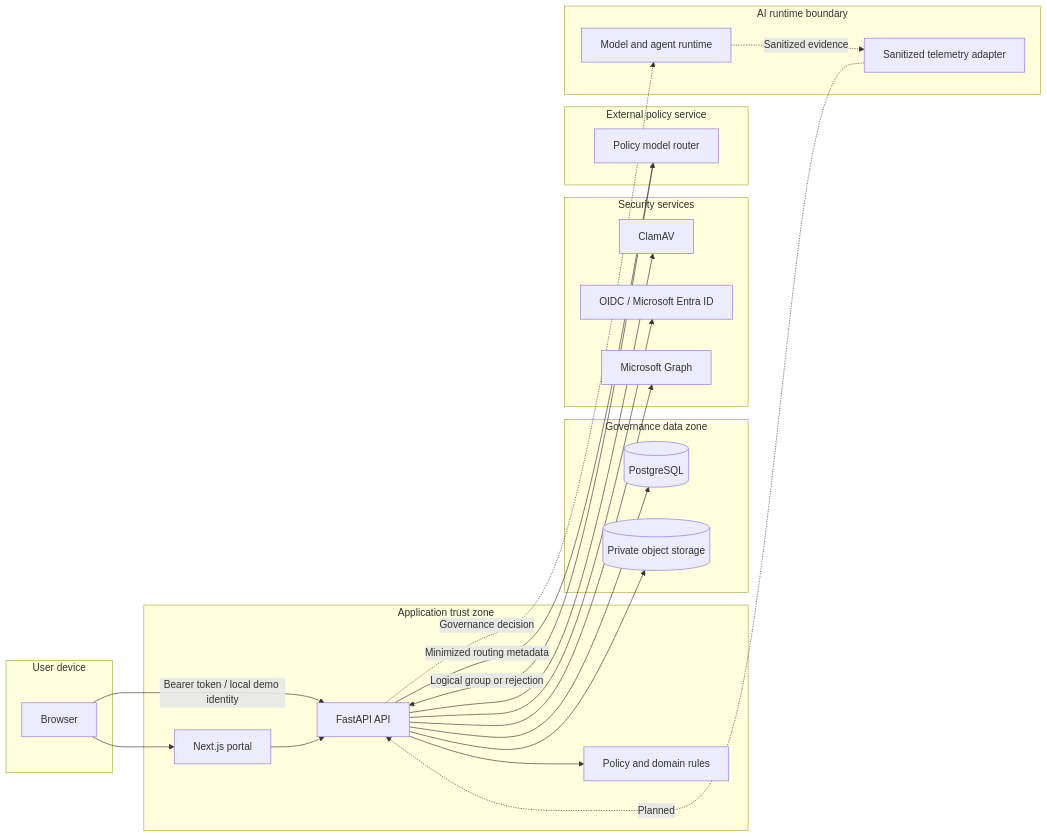
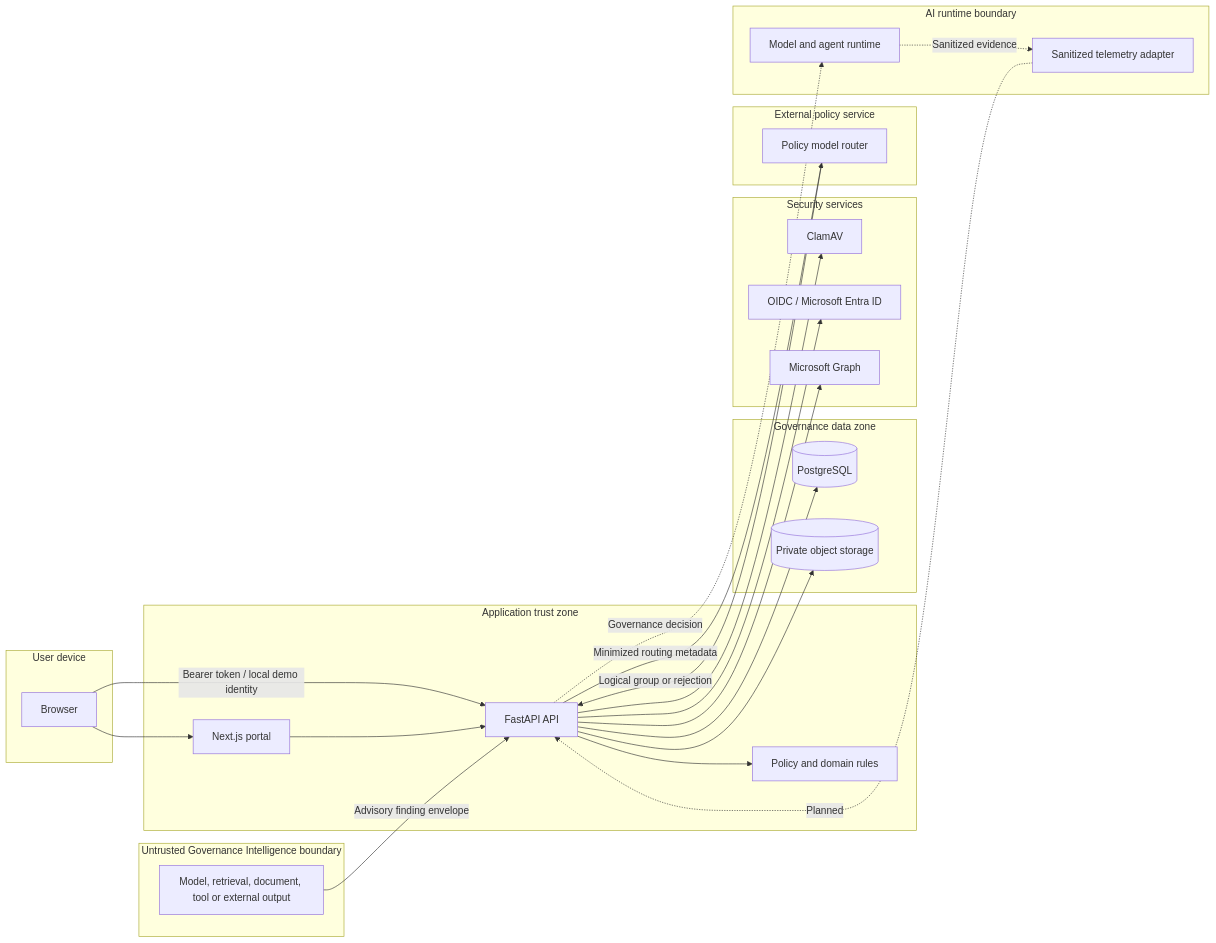
The first of 2 diagrams in docs/architecture/TRUST_BOUNDARIES.md (brunovicco/verifiable-ai-governance), drawn with Mermaid before and after one commit. The commit also changed other lines of this file and 11 other files, not shown here.

Commit message:
feat: establish governance intelligence trust boundary and finding contracts (#108)

````diff
--- a/docs/architecture/TRUST_BOUNDARIES.md
+++ b/docs/architecture/TRUST_BOUNDARIES.md
@@ -10,47 +10,52 @@
 ```mermaid
 flowchart LR
   subgraph UserZone[User device]
     B[Browser]
   end
 
   subgraph AppZone[Application trust zone]
     W[Next.js portal]
     A[FastAPI API]
     P[Policy and domain rules]
   end
 
   subgraph DataZone[Governance data zone]
     DB[(PostgreSQL)]
     OS[(Private object storage)]
   end
 
   subgraph SecurityServices[Security services]
     AV[ClamAV]
     IDP[OIDC / Microsoft Entra ID]
     GR[Microsoft Graph]
   end
 
   subgraph ExternalPolicy[External policy service]
     MR[Policy model router]
   end
 
   subgraph FutureRuntime[AI runtime boundary]
     RT[Model and agent runtime]
     OT[Sanitized telemetry adapter]
   end
 
+  subgraph IntelligenceZone[Untrusted Governance Intelligence boundary]
+    GI[Model, retrieval, document, tool or external output]
+  end
+
   B --> W
   B -->|Bearer token / local demo identity| A
   W --> A
   A --> P
   A --> DB
   A --> OS
   A --> AV
   A --> IDP
   A --> GR
   A -->|Minimized routing metadata| MR
   MR -->|Logical group or rejection| A
   A -. Governance decision .-> RT
   RT -. Sanitized evidence .-> OT
   OT -. Planned .-> A
+  GI -->|Advisory finding envelope| A
 ```
````
